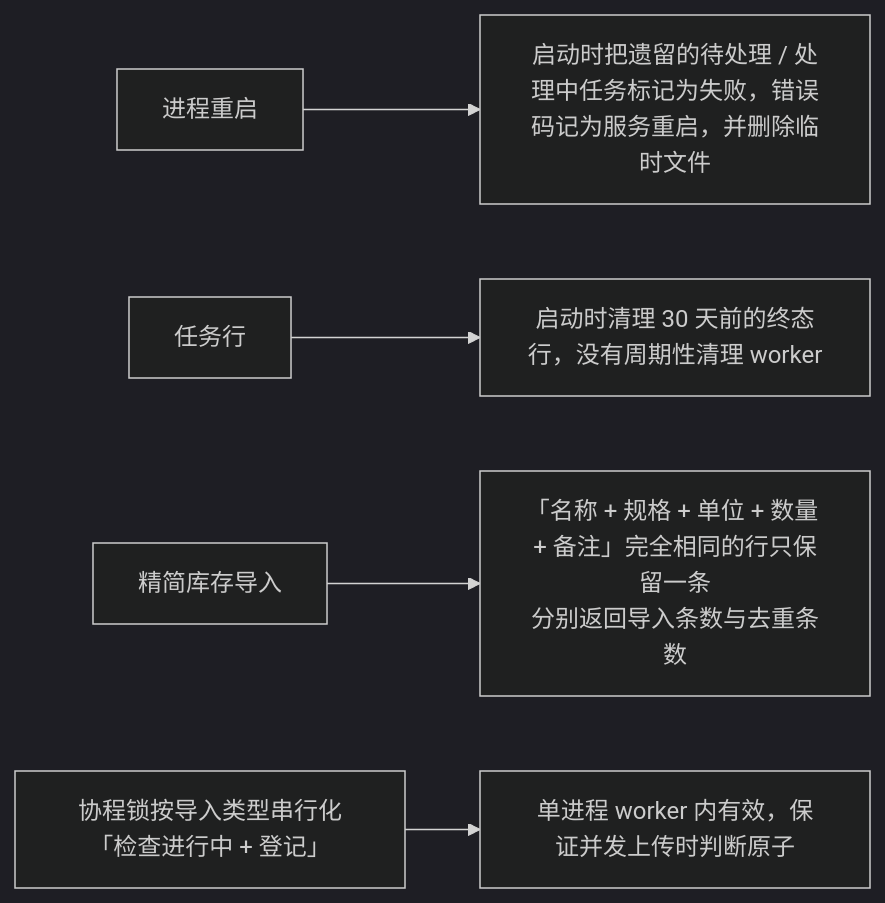
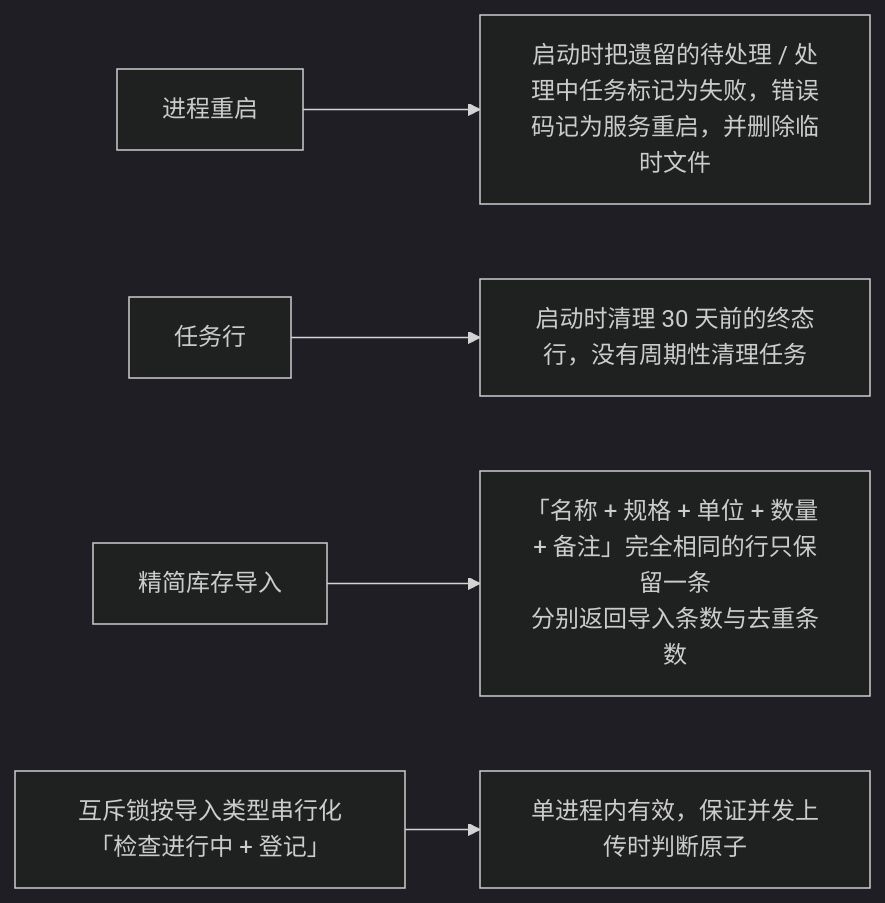
Before and after one commit to Sakana-1314/Electrical-Manager: diagram 16 of 31 in docs/websites/pages/dev-flows.md, drawn with Mermaid (dark theme). The commit also changed other lines of this file and 329 other files, not shown here.

````diff
--- a/docs/websites/pages/dev-flows.md
+++ b/docs/websites/pages/dev-flows.md
@@ -259,7 +259,7 @@
 ```mermaid
 flowchart LR
     A["进程重启"] --> B["启动时把遗留的待处理 / 处理中任务标记为失败，错误码记为服务重启，并删除临时文件"]
-    C["任务行"] --> D["启动时清理 30 天前的终态行，没有周期性清理 worker"]
+    C["任务行"] --> D["启动时清理 30 天前的终态行，没有周期性清理任务"]
     E["精简库存导入"] --> F["「名称 + 规格 + 单位 + 数量 + 备注」完全相同的行只保留一条<br/>分别返回导入条数与去重条数"]
-    G["协程锁按导入类型串行化「检查进行中 + 登记」"] --> H["单进程 worker 内有效，保证并发上传时判断原子"]
+    G["互斥锁按导入类型串行化「检查进行中 + 登记」"] --> H["单进程内有效，保证并发上传时判断原子"]
 ```
````
